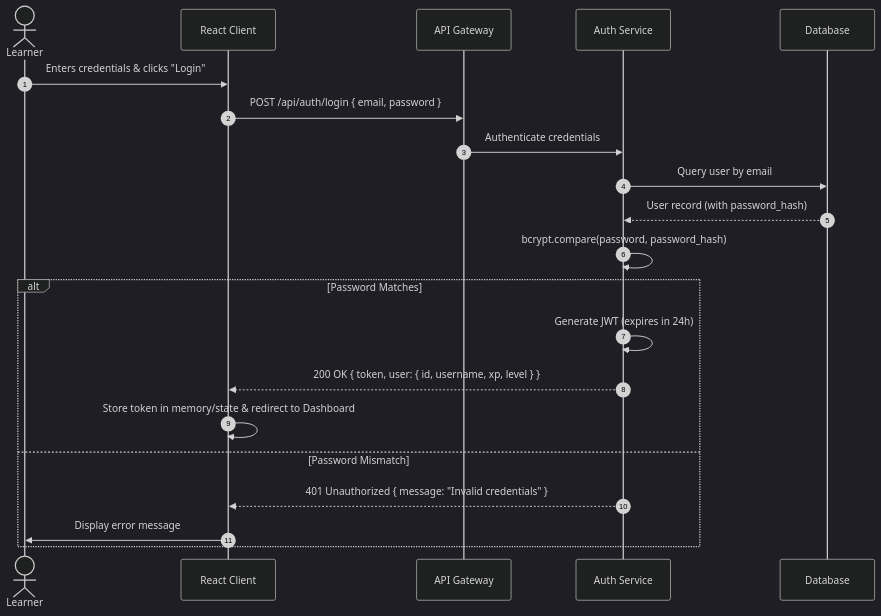
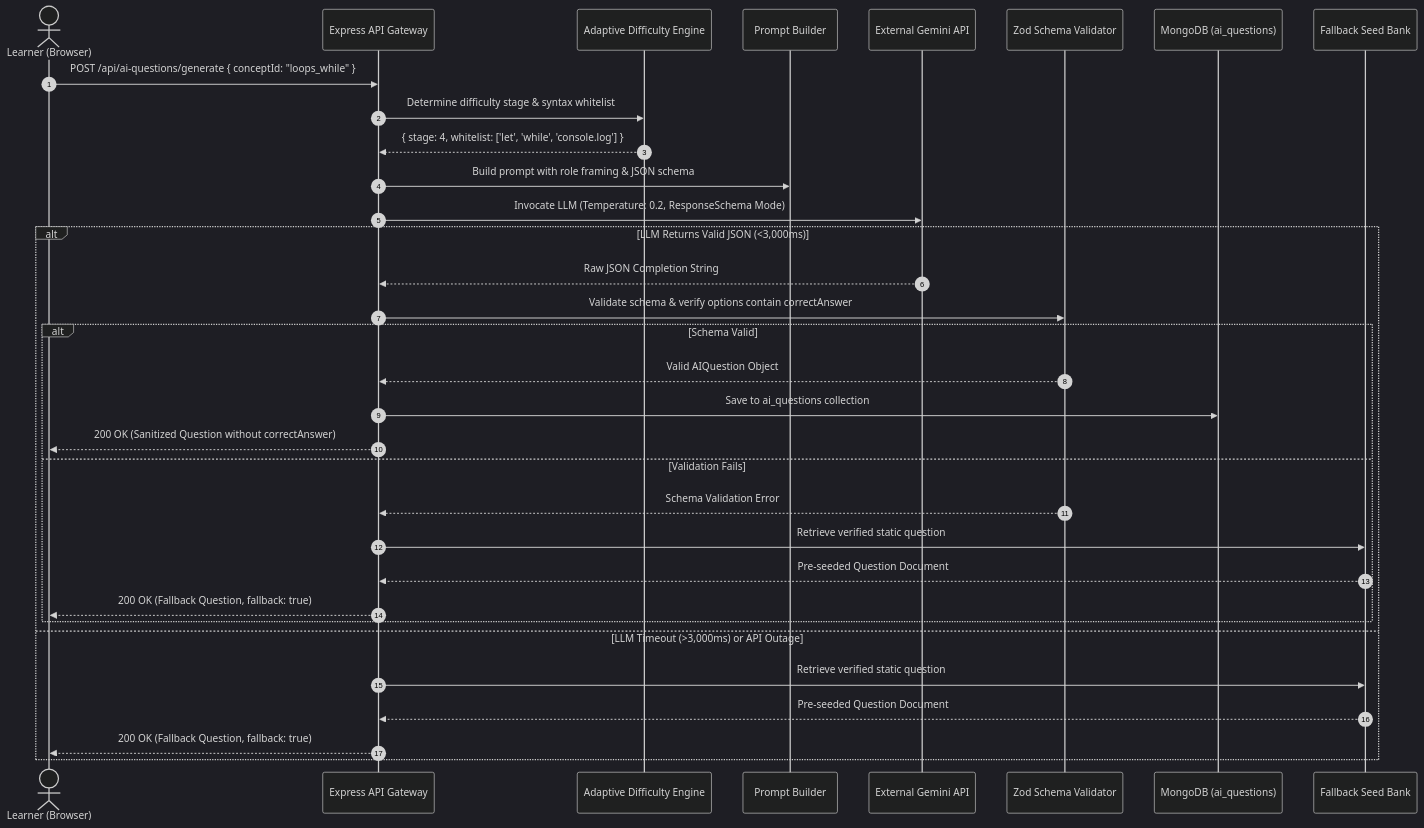
One commit to tanushreesrivastavs125-code/CodeVerse changed the tenth of 13 diagrams in docs/HLD.md. Above: the diagram before and after it, drawn with Mermaid (dark theme). The commit also changed other lines of this file, not shown here.

Commit message:
docs: add high level design

````diff
--- a/docs/HLD.md
+++ b/docs/HLD.md
@@ -1149,24 +1360,36 @@
 ```mermaid
 sequenceDiagram
     autonumber
-    actor User as Learner
-    participant UI as React Client
-    participant API as API Gateway
-    participant Auth as Auth Service
-    participant DB as Database
+    actor Learner as Learner (Browser)
+    participant API as Express API Gateway
+    participant Diff as Adaptive Difficulty Engine
+    participant Prompt as Prompt Builder
+    participant LLM as External Gemini API
+    participant Validator as Zod Schema Validator
+    participant DB as MongoDB (ai_questions)
+    participant Fallback as Fallback Seed Bank
 
-    User->>UI: Enters credentials & clicks "Login"
-    UI->>API: POST /api/auth/login { email, password }
-    API->>Auth: Authenticate credentials
-    Auth->>DB: Query user by email
-    DB-->>Auth: User record (with password_hash)
-    Auth->>Auth: bcrypt.compare(password, password_hash)
-    alt Password Matches
-        Auth->>Auth: Generate JWT (expires in 24h)
-        Auth-->>UI: 200 OK { token, user: { id, username, xp, level } }
-        UI->>UI: Store token in memory/state & redirect to Dashboard
-    else Password Mismatch
-        Auth-->>UI: 401 Unauthorized { message: "Invalid credentials" }
-        UI->>User: Display error message
+    Learner->>API: POST /api/ai-questions/generate { conceptId: "loops_while" }
+    API->>Diff: Determine difficulty stage & syntax whitelist
+    Diff-->>API: { stage: 4, whitelist: ['let', 'while', 'console.log'] }
+    API->>Prompt: Build prompt with role framing & JSON schema
+    API->>LLM: Invocate LLM (Temperature: 0.2, ResponseSchema Mode)
+    alt LLM Returns Valid JSON (<3,000ms)
+        LLM-->>API: Raw JSON Completion String
+        API->>Validator: Validate schema & verify options contain correctAnswer
+        alt Schema Valid
+            Validator-->>API: Valid AIQuestion Object
+            API->>DB: Save to ai_questions collection
+            API-->>Learner: 200 OK (Sanitized Question without correctAnswer)
+        else Validation Fails
+            Validator-->>API: Schema Validation Error
+            API->>Fallback: Retrieve verified static question
+            Fallback-->>API: Pre-seeded Question Document
+            API-->>Learner: 200 OK (Fallback Question, fallback: true)
+        end
+    else LLM Timeout (>3,000ms) or API Outage
+        API->>Fallback: Retrieve verified static question
+        Fallback-->>API: Pre-seeded Question Document
+        API-->>Learner: 200 OK (Fallback Question, fallback: true)
     end
 ```
````
